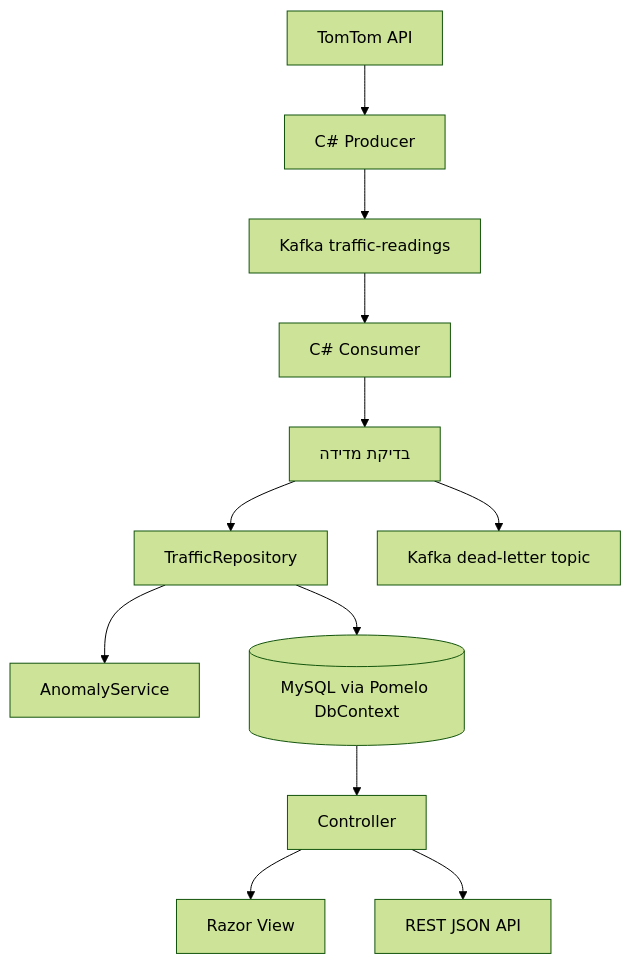
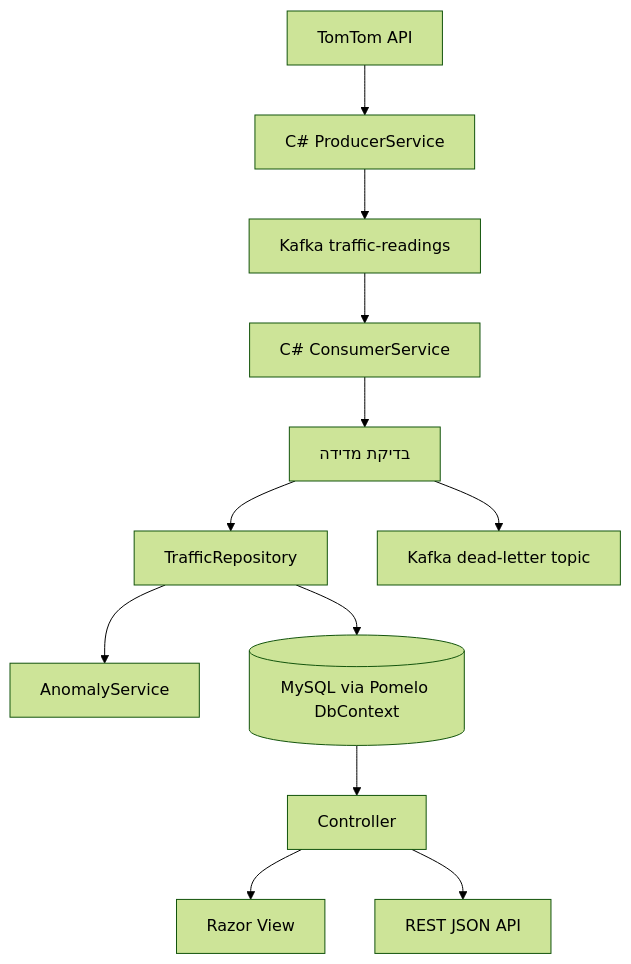
One commit to asherpirov/TrafficPulse changed the first of 3 diagrams in outputs/TrafficPulseMvc/docs/ARCHITECTURE.md. Above: the diagram before and after it, drawn with Mermaid (forest theme). The commit also changed other lines of this file and 44 other files, not shown here.

````diff
--- a/outputs/TrafficPulseMvc/docs/ARCHITECTURE.md
+++ b/outputs/TrafficPulseMvc/docs/ARCHITECTURE.md
@@ -5,14 +5,14 @@
 ```mermaid
 flowchart TD
-    Provider[TomTom API] --> Producer[C# Producer]
+    Provider[TomTom API] --> Producer[C# ProducerService]
     Producer --> Kafka[Kafka traffic-readings]
-    Kafka --> Consumer[C# Consumer]
+    Kafka --> Consumer[C# ConsumerService]
     Consumer --> Validation[בדיקת מדידה]
     Validation --> Repository[TrafficRepository]
     Repository --> Analysis[AnomalyService]
     Repository --> DB[(MySQL via Pomelo DbContext)]
     Validation --> DLQ[Kafka dead-letter topic]
     DB --> Web[Controller]
     Web --> View[Razor View]
     Web --> Api[REST JSON API]
 ```
````
